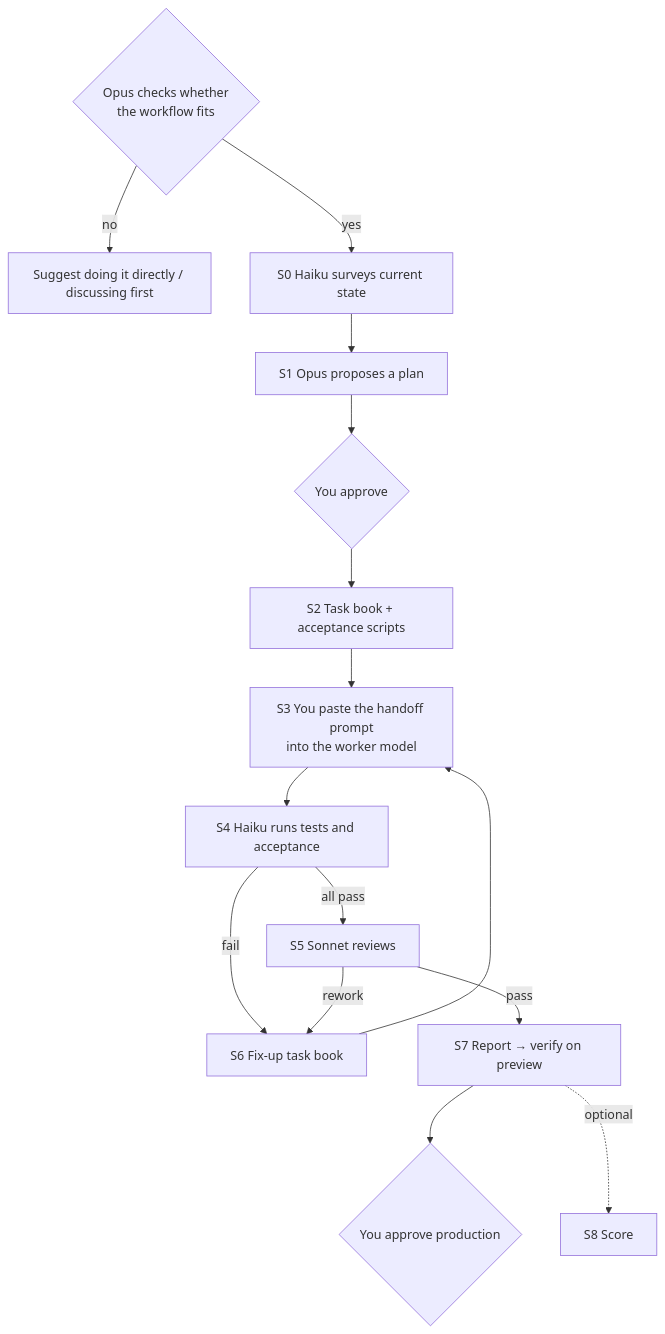
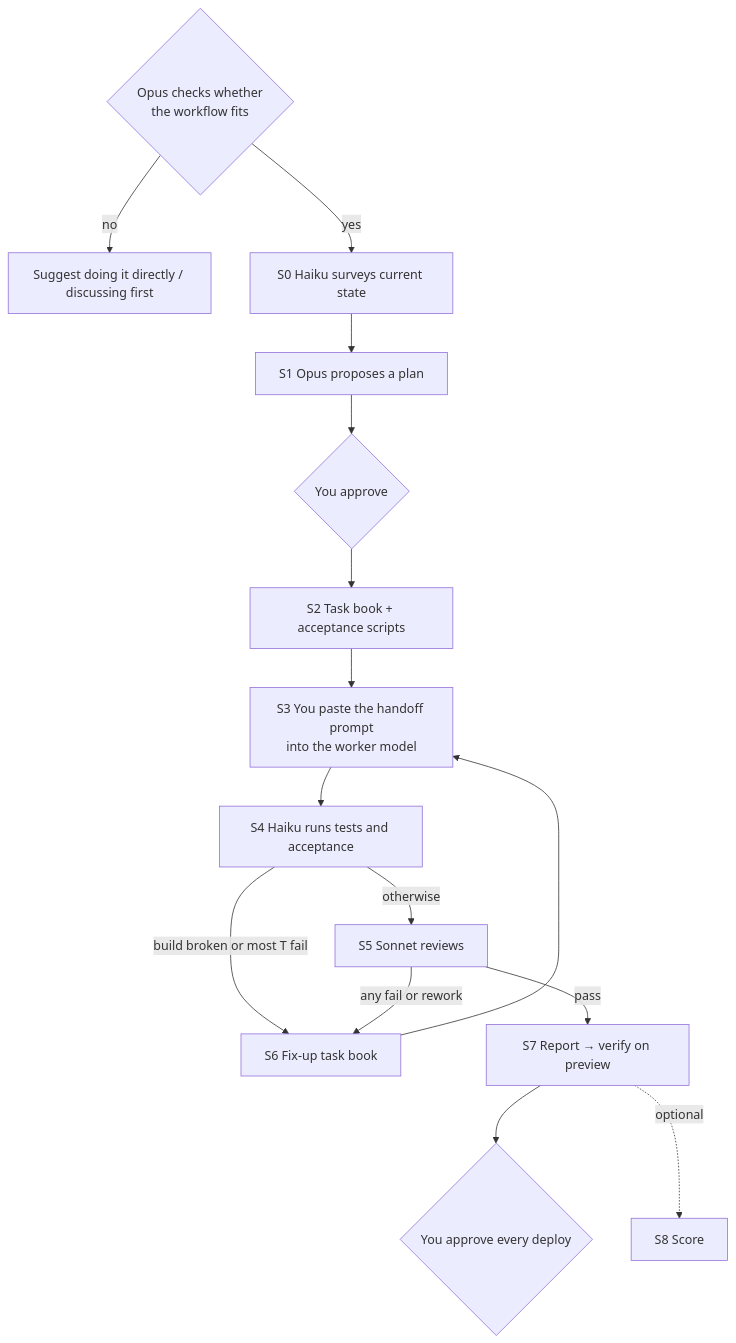
One commit to st666xiao/claude-relay changed the second of 3 diagrams in README.en.md. Above: the diagram before and after it, drawn with Mermaid. The commit also changed other lines of this file and 16 other files, not shown here.

````diff
--- a/README.en.md
+++ b/README.en.md
@@ -37,17 +37,17 @@
 ```mermaid
 flowchart TD
   F{Opus checks whether<br/>the workflow fits} -->|no| D[Suggest doing it directly / discussing first]
   F -->|yes| S0[S0 Haiku surveys current state]
   S0 --> S1[S1 Opus proposes a plan]
   S1 --> U1{You approve}
   U1 --> S2[S2 Task book + acceptance scripts]
   S2 --> S3[S3 You paste the handoff prompt<br/>into the worker model]
   S3 --> S4[S4 Haiku runs tests and acceptance]
-  S4 -->|fail| S6[S6 Fix-up task book]
-  S4 -->|all pass| S5[S5 Sonnet reviews]
-  S5 -->|rework| S6
+  S4 -->|build broken or most T fail| S6[S6 Fix-up task book]
+  S4 -->|otherwise| S5[S5 Sonnet reviews]
+  S5 -->|any fail or rework| S6
   S6 --> S3
   S5 -->|pass| S7[S7 Report → verify on preview]
-  S7 --> U2{You approve production}
+  S7 --> U2{You approve every deploy}
   S7 -.optional.-> S8[S8 Score]
 ```
````
